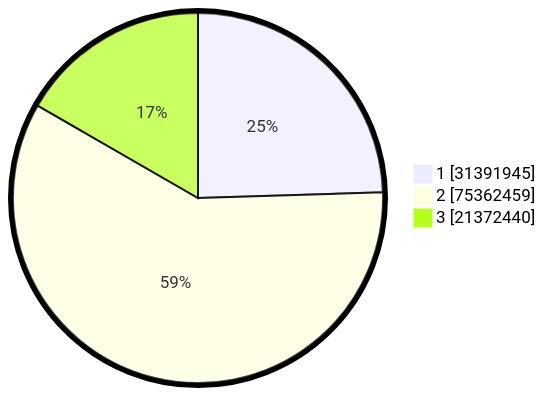
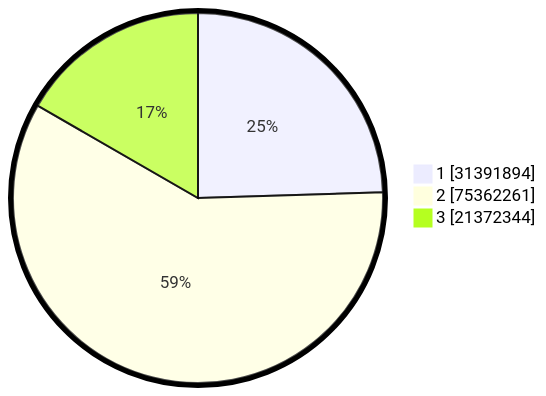
Before and after one commit to gigit-pemilu/pemilu-2024: the second of 2 diagrams in pilpres/hitung-suara/README.md, drawn with Mermaid. The commit also changed other lines of this file and 5 other files, not shown here.

````diff
--- a/pilpres/hitung-suara/README.md
+++ b/pilpres/hitung-suara/README.md
@@ -93,7 +93,7 @@
 ```mermaid
 %%{init: {"pie": {"textPosition": 0.5}, "themeVariables": {"pieOuterStrokeWidth": "5px"}} }%%
 pie showData
-    "1" : 31391945
-    "2" : 75362459
-    "3" : 21372440
+    "1" : 31391894
+    "2" : 75362261
+    "3" : 21372344
 ```
````
